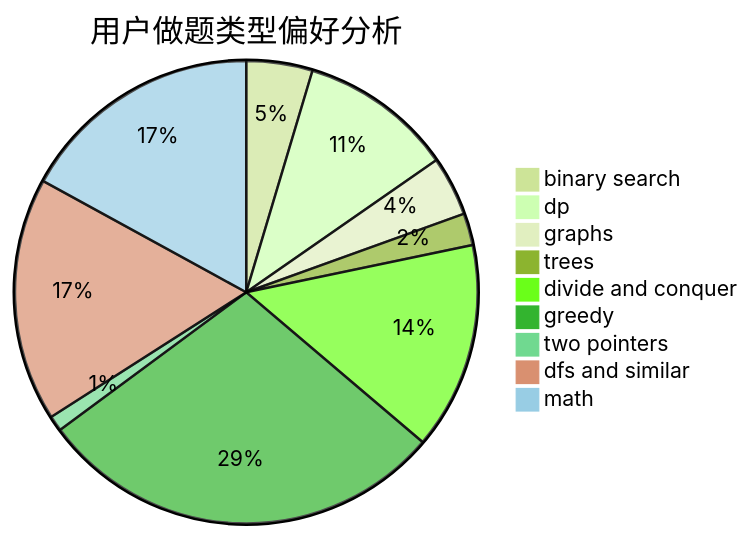
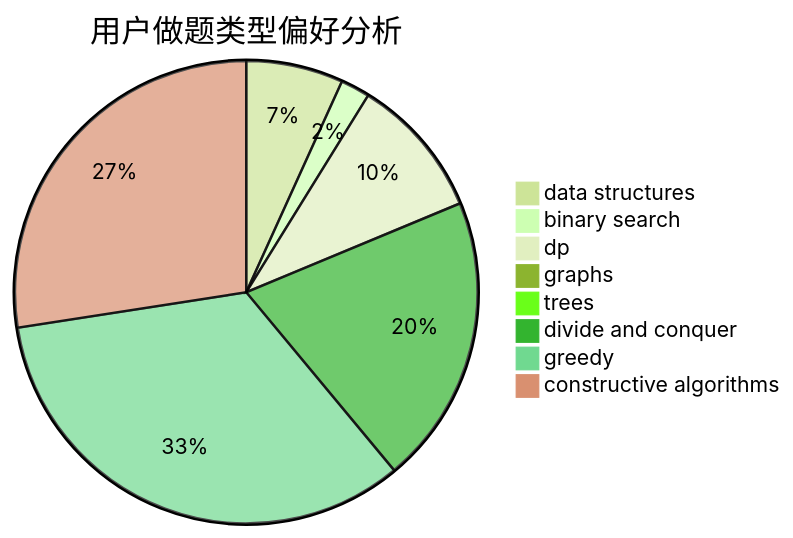
One commit to sherpahu/cfrs.github.io changed the second of 3 diagrams in docs/user/u8.md. Above: the diagram before and after it, drawn with Mermaid (forest theme). The commit also changed other lines of this file and 2775 other files, not shown here.

````diff
--- a/docs/user/u8.md
+++ b/docs/user/u8.md
@@ -23,12 +23,11 @@
 ```mermaid
 pie title 用户做题类型偏好分析
-    "binary search" :  60
-    "dp" :  139
-    "graphs" :  54
-    "trees" :  29
+    "data structures" :  63
+    "binary search" :  19
+    "dp" :  92
+    "graphs" :  9
+    "trees" :  2
     "divide and conquer" :  188
-    "greedy" :  372
-    "two pointers" :  14
-    "dfs and similar" :  221
-    "math" :  221
+    "greedy" :  312
+    "constructive algorithms" :  255
 ```
````
